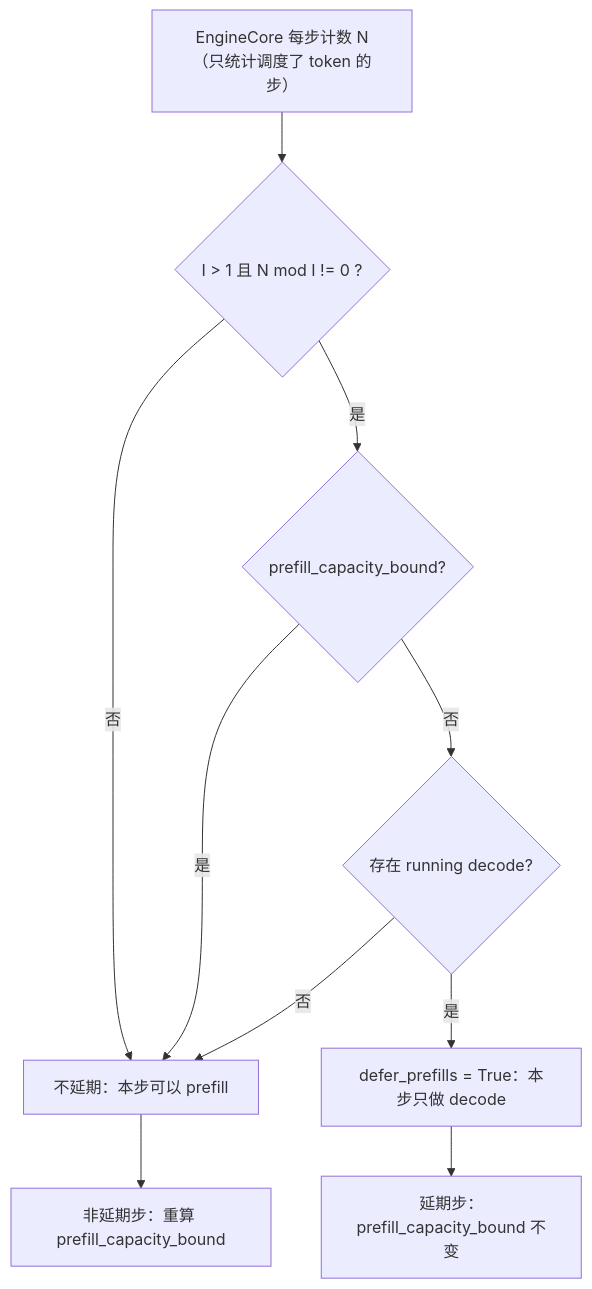
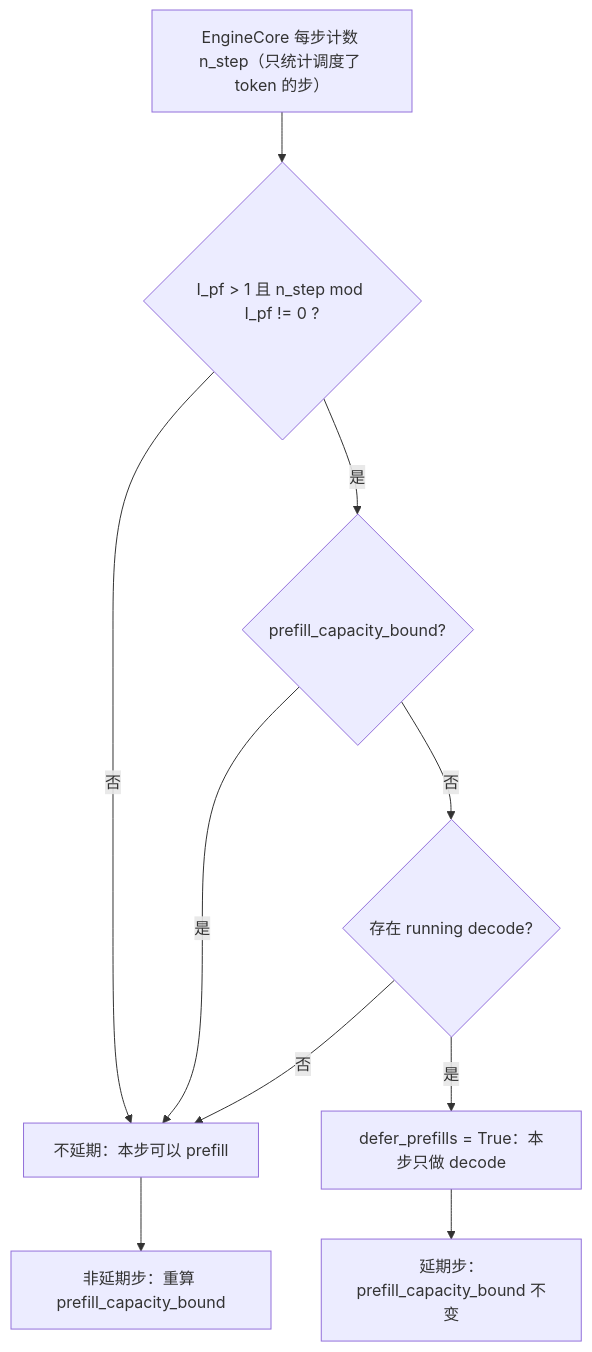
Before and after one commit to cluster1900/vllm_reader: diagram 29 of 31 in book/04-scheduler/README.md, drawn with Mermaid. The commit also changed other lines of this file and 3 other files, not shown here.

First line of the commit message:
ch04: formula walkthroughs (白话/其中/怎么算出来/核对), rollback diagram, CI EPUB+math preview

````diff
--- a/book/04-scheduler/README.md
+++ b/book/04-scheduler/README.md
@@ -1530,12 +1823,12 @@
 ```mermaid
 flowchart TD
-    EC["EngineCore 每步计数 N（只统计调度了 token 的步）"] --> T{"I > 1 且 N mod I != 0 ?"}
+    EC["EngineCore 每步计数 n_step（只统计调度了 token 的步）"] --> T{"I_pf > 1 且 n_step mod I_pf != 0 ?"}
     T -->|否| ALL["不延期：本步可以 prefill"]
     T -->|是| B{"prefill_capacity_bound?"}
     B -->|是| ALL
     B -->|否| D{"存在 running decode?"}
     D -->|否| ALL
     D -->|是| DEF["defer_prefills = True：本步只做 decode"]
     ALL --> U["非延期步：重算 prefill_capacity_bound"]
     DEF --> V["延期步：prefill_capacity_bound 不变"]
 ```
````
